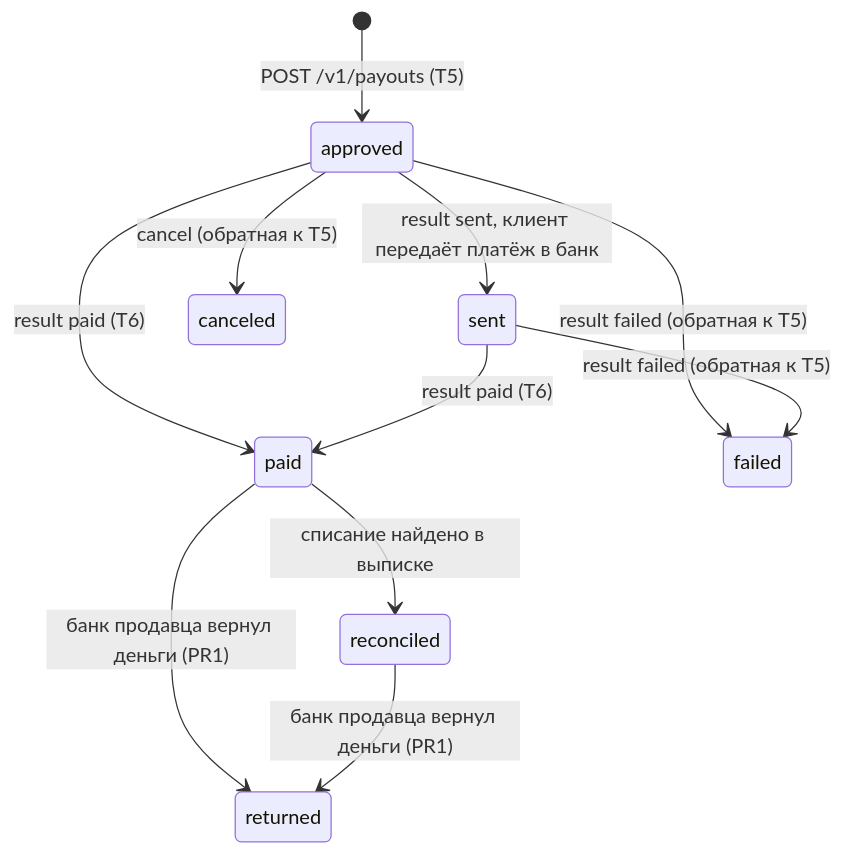
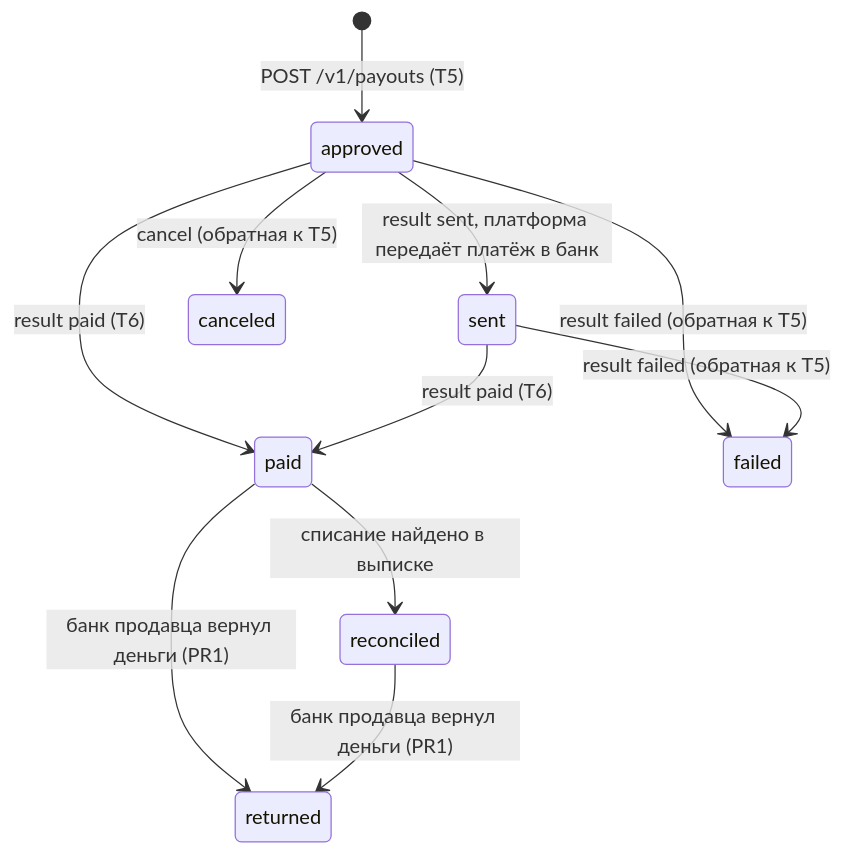
One commit to hino-2/plat-forma changed the fourth of 6 diagrams in 03-high-level-design.md. Above: the diagram before and after it, drawn with Mermaid. The commit also changed other lines of this file and 6 other files, not shown here.

````diff
--- a/03-high-level-design.md
+++ b/03-high-level-design.md
@@ -990,13 +990,13 @@
 ```mermaid
 stateDiagram-v2
   [*] --> approved: POST /v1/payouts (T5)
-  approved --> sent: result sent, клиент передаёт платёж в банк
+  approved --> sent: result sent, платформа передаёт платёж в банк
   approved --> canceled: cancel (обратная к T5)
   approved --> paid: result paid (T6)
   approved --> failed: result failed (обратная к T5)
   sent --> paid: result paid (T6)
   sent --> failed: result failed (обратная к T5)
   paid --> reconciled: списание найдено в выписке
   paid --> returned: банк продавца вернул деньги (PR1)
   reconciled --> returned: банк продавца вернул деньги (PR1)
 ```
````
